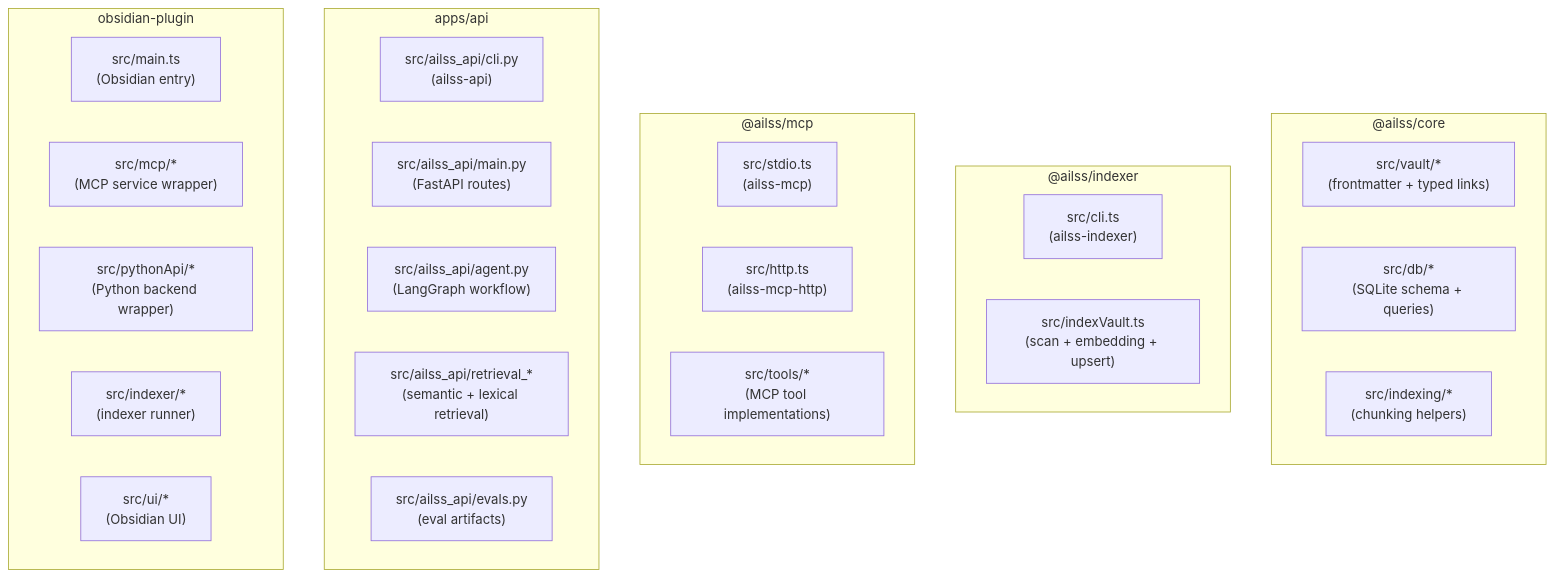
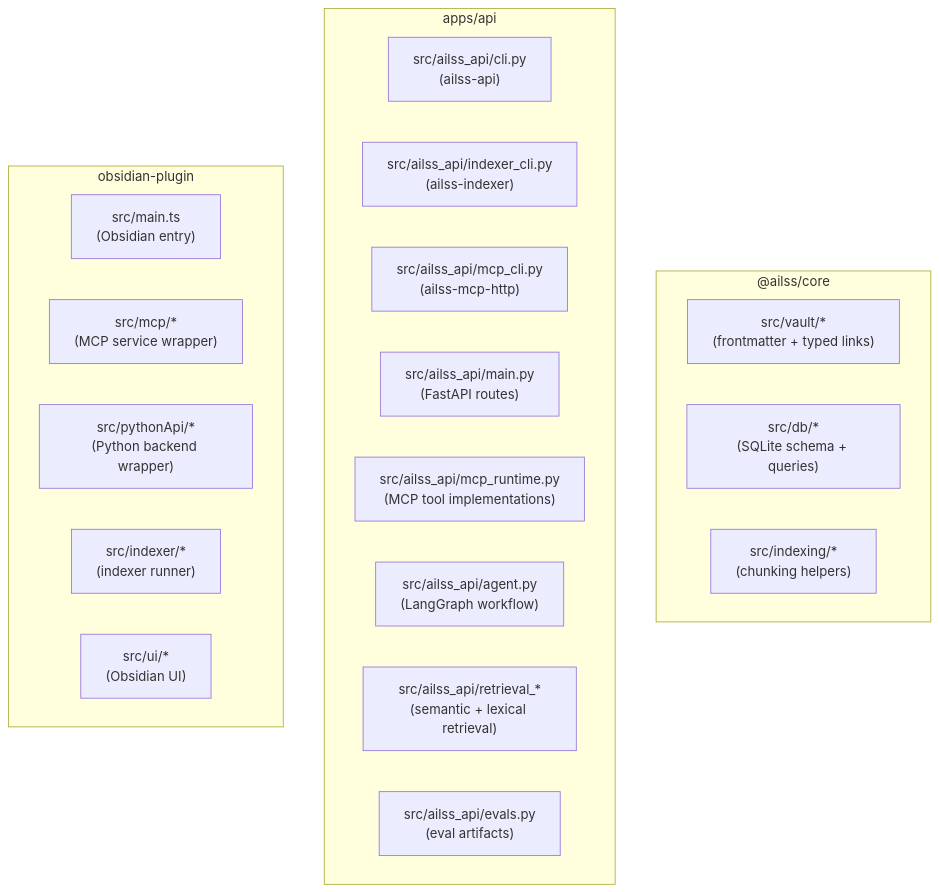
One commit to maehwasoo/AILSS changed the third of 3 diagrams in README.md. Above: the diagram before and after it, drawn with Mermaid. The commit also changed other lines of this file and 130 other files, not shown here.

````diff
--- a/README.md
+++ b/README.md
@@ -88,35 +79,27 @@
 ```mermaid
 flowchart TB
   subgraph core["@ailss/core"]
     core_vault["src/vault/*<br/>(frontmatter + typed links)"]
     core_db["src/db/*<br/>(SQLite schema + queries)"]
     core_indexing["src/indexing/*<br/>(chunking helpers)"]
   end
 
-  subgraph indexer["@ailss/indexer"]
-    indexer_cli["src/cli.ts<br/>(ailss-indexer)"]
-    indexer_flow["src/indexVault.ts<br/>(scan + embedding + upsert)"]
-  end
-
-  subgraph mcp["@ailss/mcp"]
-    mcp_stdio["src/stdio.ts<br/>(ailss-mcp)"]
-    mcp_http["src/http.ts<br/>(ailss-mcp-http)"]
-    mcp_tools["src/tools/*<br/>(MCP tool implementations)"]
-  end
-
   subgraph api["apps/api"]
     api_cli["src/ailss_api/cli.py<br/>(ailss-api)"]
+    api_indexer["src/ailss_api/indexer_cli.py<br/>(ailss-indexer)"]
+    api_mcp["src/ailss_api/mcp_cli.py<br/>(ailss-mcp-http)"]
     api_main["src/ailss_api/main.py<br/>(FastAPI routes)"]
+    api_mcp_runtime["src/ailss_api/mcp_runtime.py<br/>(MCP tool implementations)"]
     api_agent["src/ailss_api/agent.py<br/>(LangGraph workflow)"]
     api_retrieval["src/ailss_api/retrieval_*<br/>(semantic + lexical retrieval)"]
     api_eval["src/ailss_api/evals.py<br/>(eval artifacts)"]
   end
 
   subgraph plugin["obsidian-plugin"]
     plugin_main["src/main.ts<br/>(Obsidian entry)"]
     plugin_mcp["src/mcp/*<br/>(MCP service wrapper)"]
     plugin_python["src/pythonApi/*<br/>(Python backend wrapper)"]
     plugin_indexer["src/indexer/*<br/>(indexer runner)"]
     plugin_ui["src/ui/*<br/>(Obsidian UI)"]
   end
 ```
````
